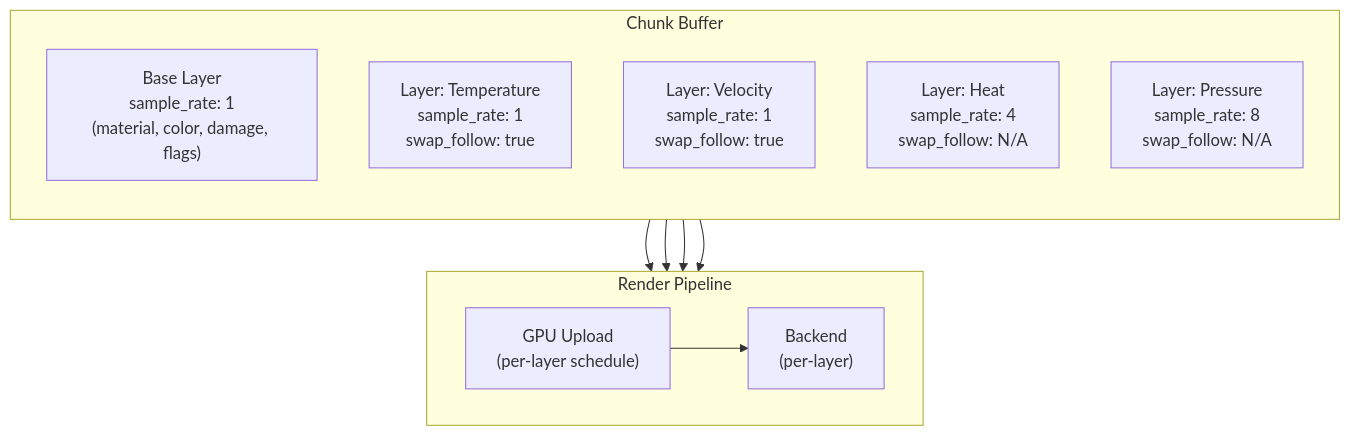
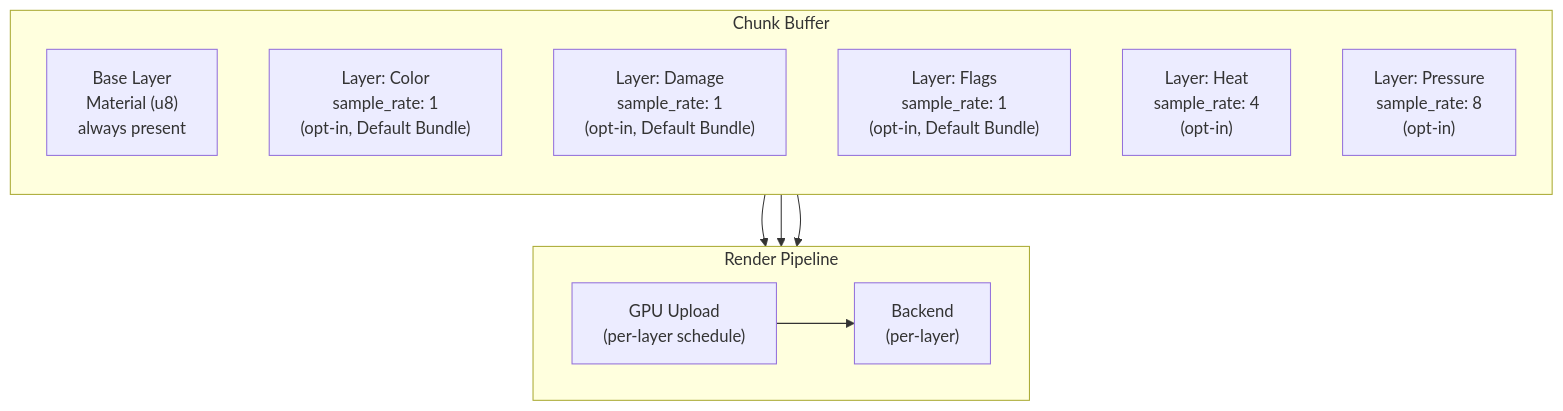
Before and after one commit to api-haus/bevy_pixel_world: the third of 5 diagrams in docs/arhitecture/modularity/pixel-layers.md, drawn with Mermaid. The commit also changed other lines of this file and 11 other files, not shown here.

First line of the commit message:
docs: add layer storage architecture and refine modularity docs

````diff
--- a/docs/arhitecture/modularity/pixel-layers.md
+++ b/docs/arhitecture/modularity/pixel-layers.md
@@ -17,23 +227,23 @@
 ```mermaid
 flowchart TB
     subgraph Chunk["Chunk Buffer"]
         direction TB
-        Base["Base Layer<br/>sample_rate: 1<br/>(material, color, damage, flags)"]
-        L1["Layer: Temperature<br/>sample_rate: 1<br/>swap_follow: true"]
-        L2["Layer: Velocity<br/>sample_rate: 1<br/>swap_follow: true"]
-        L3["Layer: Heat<br/>sample_rate: 4<br/>swap_follow: N/A"]
-        L4["Layer: Pressure<br/>sample_rate: 8<br/>swap_follow: N/A"]
+        Base["Base Layer<br/>Material (u8)<br/>always present"]
+        L0["Layer: Color<br/>sample_rate: 1<br/>(opt-in, Default Bundle)"]
+        L1["Layer: Damage<br/>sample_rate: 1<br/>(opt-in, Default Bundle)"]
+        L2["Layer: Flags<br/>sample_rate: 1<br/>(opt-in, Default Bundle)"]
+        L3["Layer: Heat<br/>sample_rate: 4<br/>(opt-in)"]
+        L4["Layer: Pressure<br/>sample_rate: 8<br/>(opt-in)"]
     end
 
     subgraph Render["Render Pipeline"]
         direction LR
         R1["GPU Upload<br/>(per-layer schedule)"]
         R2["Backend<br/>(per-layer)"]
     end
 
-    L1 --> R1
-    L2 --> R1
+    L0 --> R1
     L3 --> R1
     L4 --> R1
     R1 --> R2
 ```
````
